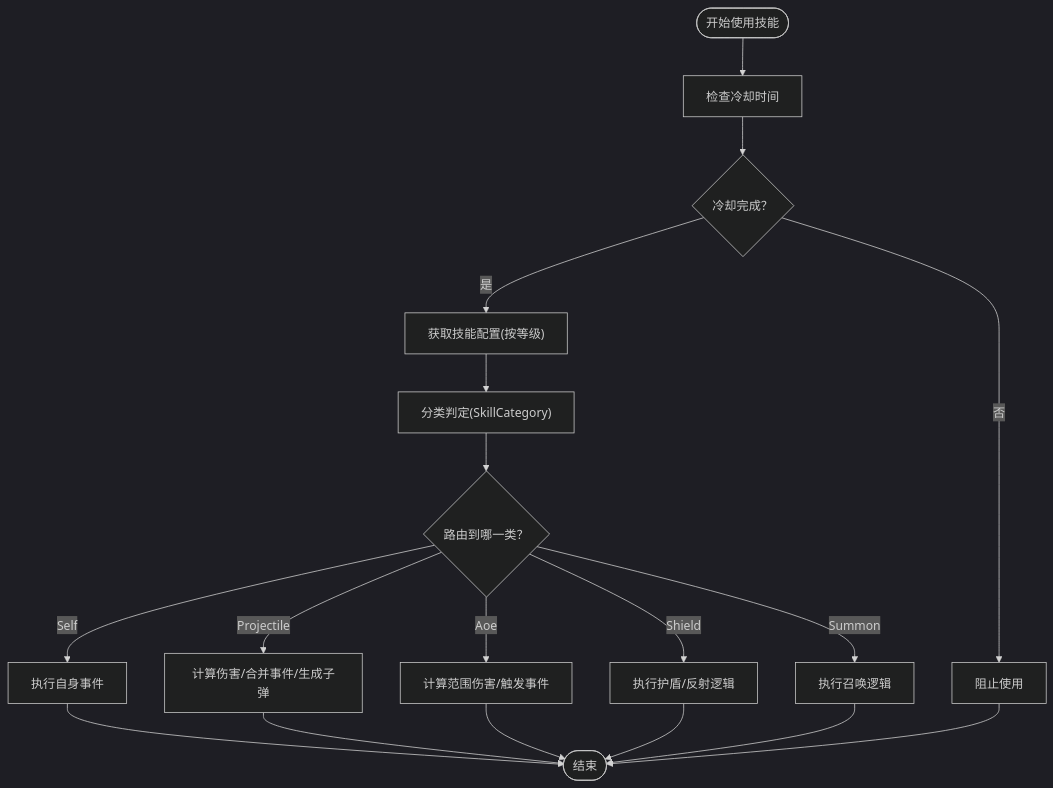
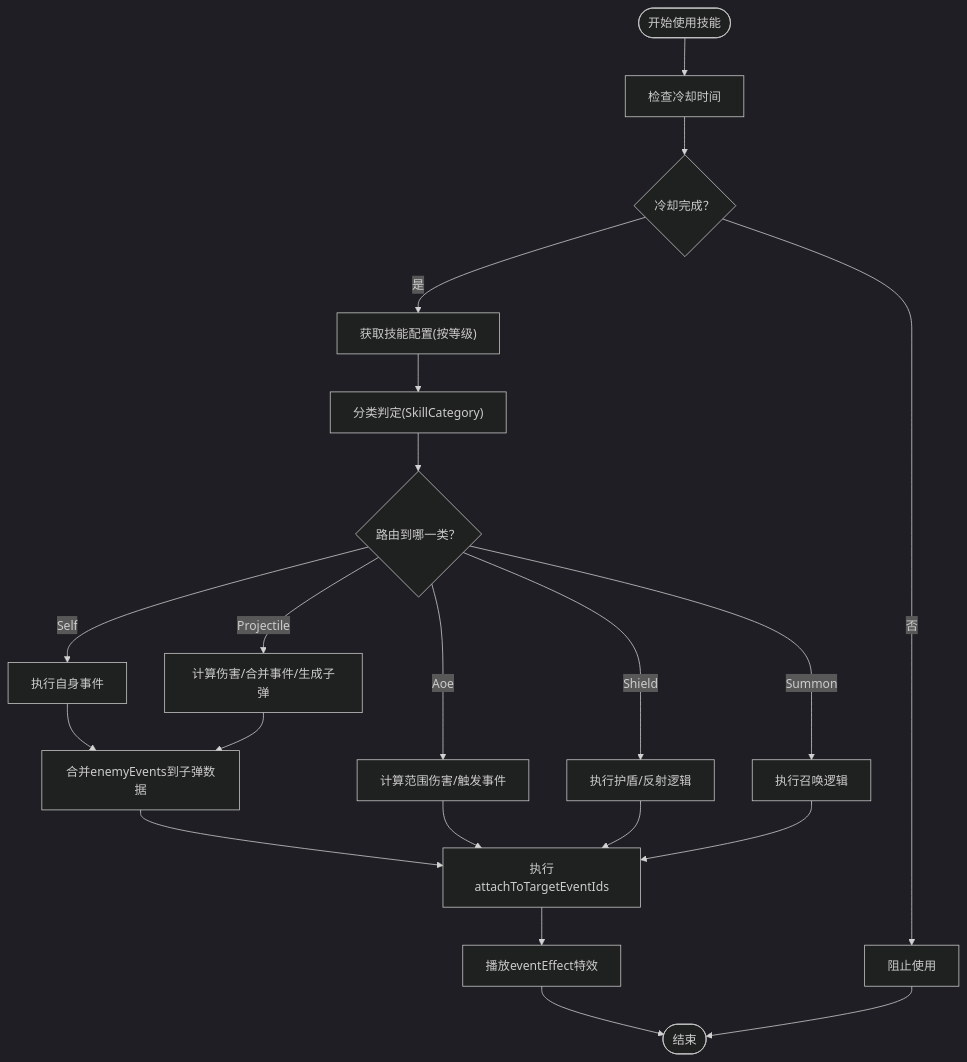
Before and after one commit to Tuusen/p1_client: the third of 4 diagrams in .qoder/repowiki/zh/content/技能系统/技能配置系统.md, drawn with Mermaid (dark theme). The commit also changed other lines of this file and 13 other files, not shown here.

````diff
--- a/.qoder/repowiki/zh/content/技能系统/技能配置系统.md
+++ b/.qoder/repowiki/zh/content/技能系统/技能配置系统.md
@@ -279,20 +306,23 @@
 ```mermaid
 flowchart TD
 Start(["开始使用技能"]) --> CheckCd["检查冷却时间"]
 CheckCd --> CooldownOk{"冷却完成？"}
 CooldownOk --> |否| Block["阻止使用"]
 CooldownOk --> |是| GetCfg["获取技能配置(按等级)"]
 GetCfg --> Classify["分类判定(SkillCategory)"]
 Classify --> Route{"路由到哪一类？"}
 Route --> |Self| SelfExec["执行自身事件"]
 Route --> |Projectile| ProjExec["计算伤害/合并事件/生成子弹"]
 Route --> |Aoe| AoeExec["计算范围伤害/触发事件"]
 Route --> |Shield| ShieldExec["执行护盾/反射逻辑"]
 Route --> |Summon| SummonExec["执行召唤逻辑"]
-SelfExec --> End(["结束"])
-ProjExec --> End
-AoeExec --> End
-ShieldExec --> End
-SummonExec --> End
+SelfExec --> MergeEnemy["合并enemyEvents到子弹数据"]
+MergeEnemy --> ExecEvents["执行attachToTargetEventIds"]
+ExecEvents --> PlayEffect["播放eventEffect特效"]
+PlayEffect --> End(["结束"])
+ProjExec --> MergeEnemy
+AoeExec --> ExecEvents
+ShieldExec --> ExecEvents
+SummonExec --> ExecEvents
 Block --> End
 ```
````
